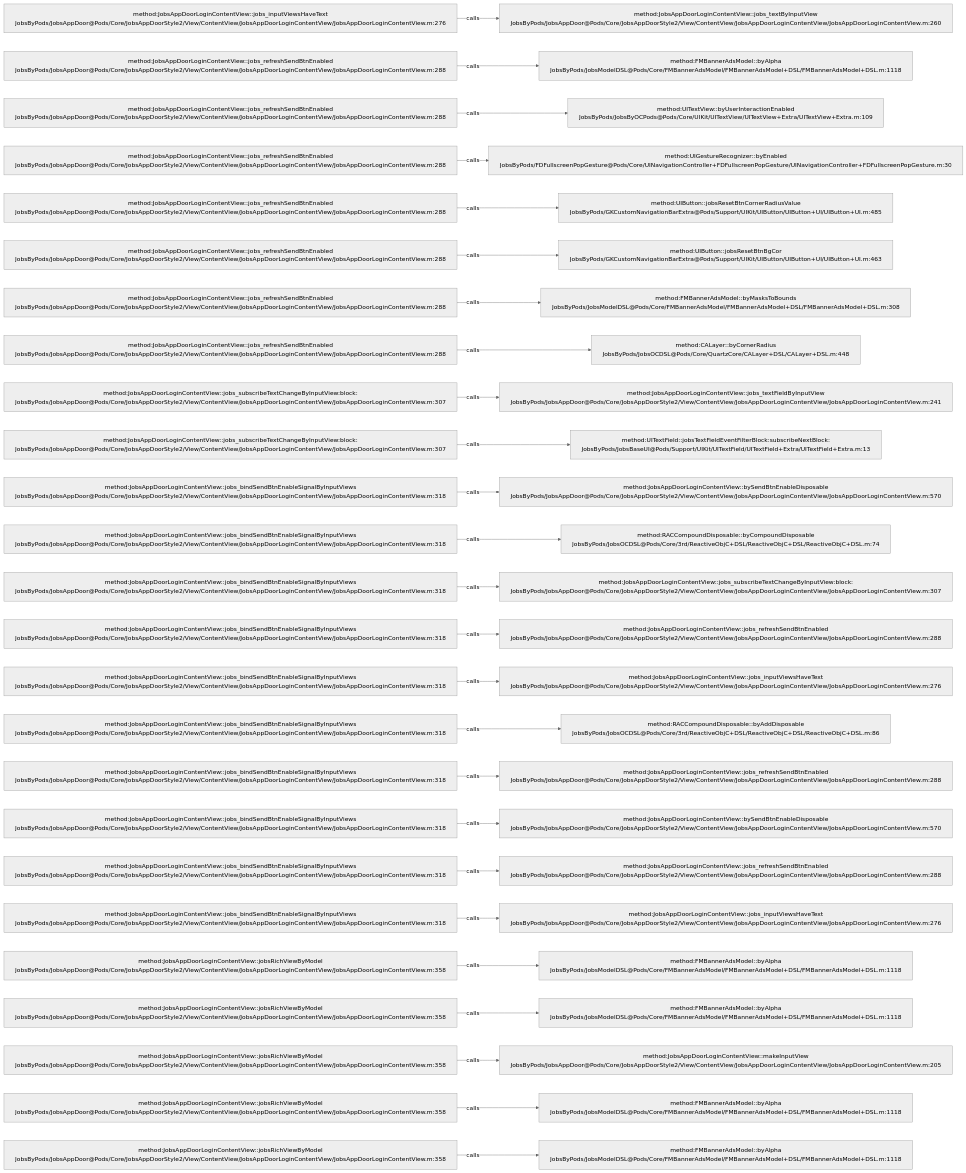
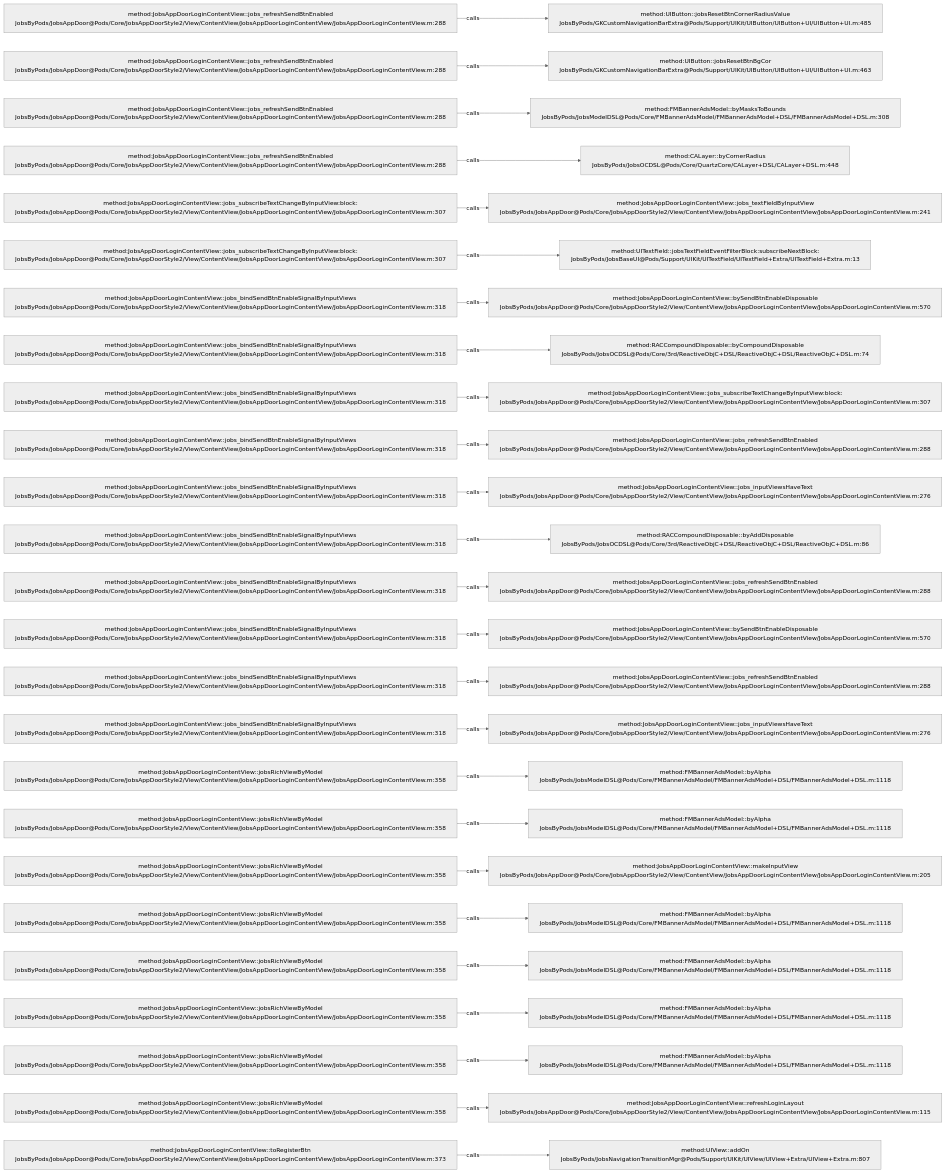
Before and after one commit to JobsKits/JobsOCBaseConfigDemo: the diagram in .codegraph/codegraph.md/graphs/calls-120.md, drawn with Mermaid (neutral theme). The commit also changed 116 other files, not shown here.

````diff
--- a/.codegraph/codegraph.md/graphs/calls-120.md
+++ b/.codegraph/codegraph.md/graphs/calls-120.md
@@ -13,78 +13,78 @@
 ```mermaid
 flowchart LR
-  S1["method:JobsAppDoorLoginContentView::jobs_inputViewsHaveText<br/>JobsByPods/JobsAppDoor@Pods/Core/JobsAppDoorStyle2/View/ContentView/JobsAppDoorLoginContentView/JobsAppDoorLoginContentView.m:276"]
-  T1["method:JobsAppDoorLoginContentView::jobs_textByInputView<br/>JobsByPods/JobsAppDoor@Pods/Core/JobsAppDoorStyle2/View/ContentView/JobsAppDoorLoginContentView/JobsAppDoorLoginContentView.m:260"]
+  S1["method:JobsAppDoorLoginContentView::jobs_refreshSendBtnEnabled<br/>JobsByPods/JobsAppDoor@Pods/Core/JobsAppDoorStyle2/View/ContentView/JobsAppDoorLoginContentView/JobsAppDoorLoginContentView.m:288"]
+  T1["method:UIButton::jobsResetBtnCornerRadiusValue<br/>JobsByPods/GKCustomNavigationBarExtra@Pods/Support/UIKit/UIButton/UIButton+UI/UIButton+UI.m:485"]
   S1 -->|calls| T1
   S2["method:JobsAppDoorLoginContentView::jobs_refreshSendBtnEnabled<br/>JobsByPods/JobsAppDoor@Pods/Core/JobsAppDoorStyle2/View/ContentView/JobsAppDoorLoginContentView/JobsAppDoorLoginContentView.m:288"]
-  T2["method:FMBannerAdsModel::byAlpha<br/>JobsByPods/JobsModelDSL@Pods/Core/FMBannerAdsModel/FMBannerAdsModel+DSL/FMBannerAdsModel+DSL.m:1118"]
+  T2["method:UIButton::jobsResetBtnBgCor<br/>JobsByPods/GKCustomNavigationBarExtra@Pods/Support/UIKit/UIButton/UIButton+UI/UIButton+UI.m:463"]
   S2 -->|calls| T2
   S3["method:JobsAppDoorLoginContentView::jobs_refreshSendBtnEnabled<br/>JobsByPods/JobsAppDoor@Pods/Core/JobsAppDoorStyle2/View/ContentView/JobsAppDoorLoginContentView/JobsAppDoorLoginContentView.m:288"]
-  T3["method:UITextView::byUserInteractionEnabled<br/>JobsByPods/JobsByOCPods@Pods/Core/UIKit/UITextView/UITextView+Extra/UITextView+Extra.m:109"]
+  T3["method:FMBannerAdsModel::byMasksToBounds<br/>JobsByPods/JobsModelDSL@Pods/Core/FMBannerAdsModel/FMBannerAdsModel+DSL/FMBannerAdsModel+DSL.m:308"]
   S3 -->|calls| T3
   S4["method:JobsAppDoorLoginContentView::jobs_refreshSendBtnEnabled<br/>JobsByPods/JobsAppDoor@Pods/Core/JobsAppDoorStyle2/View/ContentView/JobsAppDoorLoginContentView/JobsAppDoorLoginContentView.m:288"]
-  T4["method:UIGestureRecognizer::byEnabled<br/>JobsByPods/FDFullscreenPopGesture@Pods/Core/UINavigationController+FDFullscreenPopGesture/UINavigationController+FDFullscreenPopGesture.m:30"]
+  T4["method:CALayer::byCornerRadius<br/>JobsByPods/JobsOCDSL@Pods/Core/QuartzCore/CALayer+DSL/CALayer+DSL.m:448"]
   S4 -->|calls| T4
-  S5["method:JobsAppDoorLoginContentView::jobs_refreshSendBtnEnabled<br/>JobsByPods/JobsAppDoor@Pods/Core/JobsAppDoorStyle2/View/ContentView/JobsAppDoorLoginContentView/JobsAppDoorLoginContentView.m:288"]
-  T5["method:UIButton::jobsResetBtnCornerRadiusValue<br/>JobsByPods/GKCustomNavigationBarExtra@Pods/Support/UIKit/UIButton/UIButton+UI/UIButton+UI.m:485"]
+  S5["method:JobsAppDoorLoginContentView::jobs_subscribeTextChangeByInputView:block:<br/>JobsByPods/JobsAppDoor@Pods/Core/JobsAppDoorStyle2/View/ContentView/JobsAppDoorLoginContentView/JobsAppDoorLoginContentView.m:307"]
+  T5["method:JobsAppDoorLoginContentView::jobs_textFieldByInputView<br/>JobsByPods/JobsAppDoor@Pods/Core/JobsAppDoorStyle2/View/ContentView/JobsAppDoorLoginContentView/JobsAppDoorLoginContentView.m:241"]
   S5 -->|calls| T5
-  S6["method:JobsAppDoorLoginContentView::jobs_refreshSendBtnEnabled<br/>JobsByPods/JobsAppDoor@Pods/Core/JobsAppDoorStyle2/View/ContentView/JobsAppDoorLoginContentView/JobsAppDoorLoginContentView.m:288"]
-  T6["method:UIButton::jobsResetBtnBgCor<br/>JobsByPods/GKCustomNavigationBarExtra@Pods/Support/UIKit/UIButton/UIButton+UI/UIButton+UI.m:463"]
+  S6["method:JobsAppDoorLoginContentView::jobs_subscribeTextChangeByInputView:block:<br/>JobsByPods/JobsAppDoor@Pods/Core/JobsAppDoorStyle2/View/ContentView/JobsAppDoorLoginContentView/JobsAppDoorLoginContentView.m:307"]
+  T6["method:UITextField::jobsTextFieldEventFilterBlock:subscribeNextBlock:<br/>JobsByPods/JobsBaseUI@Pods/Support/UIKit/UITextField/UITextField+Extra/UITextField+Extra.m:13"]
   S6 -->|calls| T6
-  S7["method:JobsAppDoorLoginContentView::jobs_refreshSendBtnEnabled<br/>JobsByPods/JobsAppDoor@Pods/Core/JobsAppDoorStyle2/View/ContentView/JobsAppDoorLoginContentView/JobsAppDoorLoginContentView.m:288"]
-  T7["method:FMBannerAdsModel::byMasksToBounds<br/>JobsByPods/JobsModelDSL@Pods/Core/FMBannerAdsModel/FMBannerAdsModel+DSL/FMBannerAdsModel+DSL.m:308"]
+  S7["method:JobsAppDoorLoginContentView::jobs_bindSendBtnEnableSignalByInputViews<br/>JobsByPods/JobsAppDoor@Pods/Core/JobsAppDoorStyle2/View/ContentView/JobsAppDoorLoginContentView/JobsAppDoorLoginContentView.m:318"]
+  T7["method:JobsAppDoorLoginContentView::bySendBtnEnableDisposable<br/>JobsByPods/JobsAppDoor@Pods/Core/JobsAppDoorStyle2/View/ContentView/JobsAppDoorLoginContentView/JobsAppDoorLoginContentView.m:570"]
   S7 -->|calls| T7
-  S8["method:JobsAppDoorLoginContentView::jobs_refreshSendBtnEnabled<br/>JobsByPods/JobsAppDoor@Pods/Core/JobsAppDoorStyle2/View/ContentView/JobsAppDoorLoginContentView/JobsAppDoorLoginContentView.m:288"]
-  T8["method:CALayer::byCornerRadius<br/>JobsByPods/JobsOCDSL@Pods/Core/QuartzCore/CALayer+DSL/CALayer+DSL.m:448"]
+  S8["method:JobsAppDoorLoginContentView::jobs_bindSendBtnEnableSignalByInputViews<br/>JobsByPods/JobsAppDoor@Pods/Core/JobsAppDoorStyle2/View/ContentView/JobsAppDoorLoginContentView/JobsAppDoorLoginContentView.m:318"]
+  T8["method:RACCompoundDisposable::byCompoundDisposable<br/>JobsByPods/JobsOCDSL@Pods/Core/3rd/ReactiveObjC+DSL/ReactiveObjC+DSL/ReactiveObjC+DSL.m:74"]
   S8 -->|calls| T8
-  S9["method:JobsAppDoorLoginContentView::jobs_subscribeTextChangeByInputView:block:<br/>JobsByPods/JobsAppDoor@Pods/Core/JobsAppDoorStyle2/View/ContentView/JobsAppDoorLoginContentView/JobsAppDoorLoginContentView.m:307"]
-  T9["method:JobsAppDoorLoginContentView::jobs_textFieldByInputView<br/>JobsByPods/JobsAppDoor@Pods/Core/JobsAppDoorStyle2/View/ContentView/JobsAppDoorLoginContentView/JobsAppDoorLoginContentView.m:241"]
+  S9["method:JobsAppDoorLoginContentView::jobs_bindSendBtnEnableSignalByInputViews<br/>JobsByPods/JobsAppDoor@Pods/Core/JobsAppDoorStyle2/View/ContentView/JobsAppDoorLoginContentView/JobsAppDoorLoginContentView.m:318"]
+  T9["method:JobsAppDoorLoginContentView::jobs_subscribeTextChangeByInputView:block:<br/>JobsByPods/JobsAppDoor@Pods/Core/JobsAppDoorStyle2/View/ContentView/JobsAppDoorLoginContentView/JobsAppDoorLoginContentView.m:307"]
   S9 -->|calls| T9
-  S10["method:JobsAppDoorLoginContentView::jobs_subscribeTextChangeByInputView:block:<br/>JobsByPods/JobsAppDoor@Pods/Core/JobsAppDoorStyle2/View/ContentView/JobsAppDoorLoginContentView/JobsAppDoorLoginContentView.m:307"]
-  T10["method:UITextField::jobsTextFieldEventFilterBlock:subscribeNextBlock:<br/>JobsByPods/JobsBaseUI@Pods/Support/UIKit/UITextField/UITextField+Extra/UITextField+Extra.m:13"]
+  S10["method:JobsAppDoorLoginContentView::jobs_bindSendBtnEnableSignalByInputViews<br/>JobsByPods/JobsAppDoor@Pods/Core/JobsAppDoorStyle2/View/ContentView/JobsAppDoorLoginContentView/JobsAppDoorLoginContentView.m:318"]
+  T10["method:JobsAppDoorLoginContentView::jobs_refreshSendBtnEnabled<br/>JobsByPods/JobsAppDoor@Pods/Core/JobsAppDoorStyle2/View/ContentView/JobsAppDoorLoginContentView/JobsAppDoorLoginContentView.m:288"]
   S10 -->|calls| T10
   S11["method:JobsAppDoorLoginContentView::jobs_bindSendBtnEnableSignalByInputViews<br/>JobsByPods/JobsAppDoor@Pods/Core/JobsAppDoorStyle2/View/ContentView/JobsAppDoorLoginContentView/JobsAppDoorLoginContentView.m:318"]
-  T11["method:JobsAppDoorLoginContentView::bySendBtnEnableDisposable<br/>JobsByPods/JobsAppDoor@Pods/Core/JobsAppDoorStyle2/View/ContentView/JobsAppDoorLoginContentView/JobsAppDoorLoginContentView.m:570"]
+  T11["method:JobsAppDoorLoginContentView::jobs_inputViewsHaveText<br/>JobsByPods/JobsAppDoor@Pods/Core/JobsAppDoorStyle2/View/ContentView/JobsAppDoorLoginContentView/JobsAppDoorLoginContentView.m:276"]
   S11 -->|calls| T11
   S12["method:JobsAppDoorLoginContentView::jobs_bindSendBtnEnableSignalByInputViews<br/>JobsByPods/JobsAppDoor@Pods/Core/JobsAppDoorStyle2/View/ContentView/JobsAppDoorLoginContentView/JobsAppDoorLoginContentView.m:318"]
-  T12["method:RACCompoundDisposable::byCompoundDisposable<br/>JobsByPods/JobsOCDSL@Pods/Core/3rd/ReactiveObjC+DSL/ReactiveObjC+DSL/ReactiveObjC+DSL.m:74"]
+  T12["method:RACCompoundDisposable::byAddDisposable<br/>JobsByPods/JobsOCDSL@Pods/Core/3rd/ReactiveObjC+DSL/ReactiveObjC+DSL/ReactiveObjC+DSL.m:86"]
   S12 -->|calls| T12
   S13["method:JobsAppDoorLoginContentView::jobs_bindSendBtnEnableSignalByInputViews<br/>JobsByPods/JobsAppDoor@Pods/Core/JobsAppDoorStyle2/View/ContentView/JobsAppDoorLoginContentView/JobsAppDoorLoginContentView.m:318"]
-  T13["method:JobsAppDoorLoginContentView::jobs_subscribeTextChangeByInputView:block:<br/>JobsByPods/JobsAppDoor@Pods/Core/JobsAppDoorStyle2/View/ContentView/JobsAppDoorLoginContentView/JobsAppDoorLoginContentView.m:307"]
+  T13["method:JobsAppDoorLoginContentView::jobs_refreshSendBtnEnabled<br/>JobsByPods/JobsAppDoor@Pods/Core/JobsAppDoorStyle2/View/ContentView/JobsAppDoorLoginContentView/JobsAppDoorLoginContentView.m:288"]
   S13 -->|calls| T13
   S14["method:JobsAppDoorLoginContentView::jobs_bindSendBtnEnableSignalByInputViews<br/>JobsByPods/JobsAppDoor@Pods/Core/JobsAppDoorStyle2/View/ContentView/JobsAppDoorLoginContentView/JobsAppDoorLoginContentView.m:318"]
-  T14["method:JobsAppDoorLoginContentView::jobs_refreshSendBtnEnabled<br/>JobsByPods/JobsAppDoor@Pods/Core/JobsAppDoorStyle2/View/ContentView/JobsAppDoorLoginContentView/JobsAppDoorLoginContentView.m:288"]
+  T14["method:JobsAppDoorLoginContentView::bySendBtnEnableDisposable<br/>JobsByPods/JobsAppDoor@Pods/Core/JobsAppDoorStyle2/View/ContentView/JobsAppDoorLoginContentView/JobsAppDoorLoginContentView.m:570"]
   S14 -->|calls| T14
   S15["method:JobsAppDoorLoginContentView::jobs_bindSendBtnEnableSignalByInputViews<br/>JobsByPods/JobsAppDoor@Pods/Core/JobsAppDoorStyle2/View/ContentView/JobsAppDoorLoginContentView/JobsAppDoorLoginContentView.m:318"]
-  T15["method:JobsAppDoorLoginContentView::jobs_inputViewsHaveText<br/>JobsByPods/JobsAppDoor@Pods/Core/JobsAppDoorStyle2/View/ContentView/JobsAppDoorLoginContentView/JobsAppDoorLoginContentView.m:276"]
+  T15["method:JobsAppDoorLoginContentView::jobs_refreshSendBtnEnabled<br/>JobsByPods/JobsAppDoor@Pods/Core/JobsAppDoorStyle2/View/ContentView/JobsAppDoorLoginContentView/JobsAppDoorLoginContentView.m:288"]
   S15 -->|calls| T15
   S16["method:JobsAppDoorLoginContentView::jobs_bindSendBtnEnableSignalByInputViews<br/>JobsByPods/JobsAppDoor@Pods/Core/JobsAppDoorStyle2/View/ContentView/JobsAppDoorLoginContentView/JobsAppDoorLoginContentView.m:318"]
-  T16["method:RACCompoundDisposable::byAddDisposable<br/>JobsByPods/JobsOCDSL@Pods/Core/3rd/ReactiveObjC+DSL/ReactiveObjC+DSL/ReactiveObjC+DSL.m:86"]
+  T16["method:JobsAppDoorLoginContentView::jobs_inputViewsHaveText<br/>JobsByPods/JobsAppDoor@Pods/Core/JobsAppDoorStyle2/View/ContentView/JobsAppDoorLoginContentView/JobsAppDoorLoginContentView.m:276"]
   S16 -->|calls| T16
-  S17["method:JobsAppDoorLoginContentView::jobs_bindSendBtnEnableSignalByInputViews<br/>JobsByPods/JobsAppDoor@Pods/Core/JobsAppDoorStyle2/View/ContentView/JobsAppDoorLoginContentView/JobsAppDoorLoginContentView.m:318"]
-  T17["method:JobsAppDoorLoginContentView::jobs_refreshSendBtnEnabled<br/>JobsByPods/JobsAppDoor@Pods/Core/JobsAppDoorStyle2/View/ContentView/JobsAppDoorLoginContentView/JobsAppDoorLoginContentView.m:288"]
+  S17["method:JobsAppDoorLoginContentView::jobsRichViewByModel<br/>JobsByPods/JobsAppDoor@Pods/Core/JobsAppDoorStyle2/View/ContentView/JobsAppDoorLoginContentView/JobsAppDoorLoginContentView.m:358"]
+  T17["method:FMBannerAdsModel::byAlpha<br/>JobsByPods/JobsModelDSL@Pods/Core/FMBannerAdsModel/FMBannerAdsModel+DSL/FMBannerAdsModel+DSL.m:1118"]
   S17 -->|calls| T17
-  S18["method:JobsAppDoorLoginContentView::jobs_bindSendBtnEnableSignalByInputViews<br/>JobsByPods/JobsAppDoor@Pods/Core/JobsAppDoorStyle2/View/ContentView/JobsAppDoorLoginContentView/JobsAppDoorLoginContentView.m:318"]
-  T18["method:JobsAppDoorLoginContentView::bySendBtnEnableDisposable<br/>JobsByPods/JobsAppDoor@Pods/Core/JobsAppDoorStyle2/View/ContentView/JobsAppDoorLoginContentView/JobsAppDoorLoginContentView.m:570"]
+  S18["method:JobsAppDoorLoginContentView::jobsRichViewByModel<br/>JobsByPods/JobsAppDoor@Pods/Core/JobsAppDoorStyle2/View/ContentView/JobsAppDoorLoginContentView/JobsAppDoorLoginContentView.m:358"]
+  T18["method:FMBannerAdsModel::byAlpha<br/>JobsByPods/JobsModelDSL@Pods/Core/FMBannerAdsModel/FMBannerAdsModel+DSL/FMBannerAdsModel+DSL.m:1118"]
   S18 -->|calls| T18
-  S19["method:JobsAppDoorLoginContentView::jobs_bindSendBtnEnableSignalByInputViews<br/>JobsByPods/JobsAppDoor@Pods/Core/JobsAppDoorStyle2/View/ContentView/JobsAppDoorLoginContentView/JobsAppDoorLoginContentView.m:318"]
-  T19["method:JobsAppDoorLoginContentView::jobs_refreshSendBtnEnabled<br/>JobsByPods/JobsAppDoor@Pods/Core/JobsAppDoorStyle2/View/ContentView/JobsAppDoorLoginContentView/JobsAppDoorLoginContentView.m:288"]
+  S19["method:JobsAppDoorLoginContentView::jobsRichViewByModel<br/>JobsByPods/JobsAppDoor@Pods/Core/JobsAppDoorStyle2/View/ContentView/JobsAppDoorLoginContentView/JobsAppDoorLoginContentView.m:358"]
+  T19["method:JobsAppDoorLoginContentView::makeInputView<br/>JobsByPods/JobsAppDoor@Pods/Core/JobsAppDoorStyle2/View/ContentView/JobsAppDoorLoginContentView/JobsAppDoorLoginContentView.m:205"]
   S19 -->|calls| T19
-  S20["method:JobsAppDoorLoginContentView::jobs_bindSendBtnEnableSignalByInputViews<br/>JobsByPods/JobsAppDoor@Pods/Core/JobsAppDoorStyle2/View/ContentView/JobsAppDoorLoginContentView/JobsAppDoorLoginContentView.m:318"]
-  T20["method:JobsAppDoorLoginContentView::jobs_inputViewsHaveText<br/>JobsByPods/JobsAppDoor@Pods/Core/JobsAppDoorStyle2/View/ContentView/JobsAppDoorLoginContentView/JobsAppDoorLoginContentView.m:276"]
+  S20["method:JobsAppDoorLoginContentView::jobsRichViewByModel<br/>JobsByPods/JobsAppDoor@Pods/Core/JobsAppDoorStyle2/View/ContentView/JobsAppDoorLoginContentView/JobsAppDoorLoginContentView.m:358"]
+  T20["method:FMBannerAdsModel::byAlpha<br/>JobsByPods/JobsModelDSL@Pods/Core/FMBannerAdsModel/FMBannerAdsModel+DSL/FMBannerAdsModel+DSL.m:1118"]
   S20 -->|calls| T20
   S21["method:JobsAppDoorLoginContentView::jobsRichViewByModel<br/>JobsByPods/JobsAppDoor@Pods/Core/JobsAppDoorStyle2/View/ContentView/JobsAppDoorLoginContentView/JobsAppDoorLoginContentView.m:358"]
   T21["method:FMBannerAdsModel::byAlpha<br/>JobsByPods/JobsModelDSL@Pods/Core/FMBannerAdsModel/FMBannerAdsModel+DSL/FMBannerAdsModel+DSL.m:1118"]
   S21 -->|calls| T21
   S22["method:JobsAppDoorLoginContentView::jobsRichViewByModel<br/>JobsByPods/JobsAppDoor@Pods/Core/JobsAppDoorStyle2/View/ContentView/JobsAppDoorLoginContentView/JobsAppDoorLoginContentView.m:358"]
   T22["method:FMBannerAdsModel::byAlpha<br/>JobsByPods/JobsModelDSL@Pods/Core/FMBannerAdsModel/FMBannerAdsModel+DSL/FMBannerAdsModel+DSL.m:1118"]
   S22 -->|calls| T22
   S23["method:JobsAppDoorLoginContentView::jobsRichViewByModel<br/>JobsByPods/JobsAppDoor@Pods/Core/JobsAppDoorStyle2/View/ContentView/JobsAppDoorLoginContentView/JobsAppDoorLoginContentView.m:358"]
-  T23["method:JobsAppDoorLoginContentView::makeInputView<br/>JobsByPods/JobsAppDoor@Pods/Core/JobsAppDoorStyle2/View/ContentView/JobsAppDoorLoginContentView/JobsAppDoorLoginContentView.m:205"]
+  T23["method:FMBannerAdsModel::byAlpha<br/>JobsByPods/JobsModelDSL@Pods/Core/FMBannerAdsModel/FMBannerAdsModel+DSL/FMBannerAdsModel+DSL.m:1118"]
   S23 -->|calls| T23
   S24["method:JobsAppDoorLoginContentView::jobsRichViewByModel<br/>JobsByPods/JobsAppDoor@Pods/Core/JobsAppDoorStyle2/View/ContentView/JobsAppDoorLoginContentView/JobsAppDoorLoginContentView.m:358"]
-  T24["method:FMBannerAdsModel::byAlpha<br/>JobsByPods/JobsModelDSL@Pods/Core/FMBannerAdsModel/FMBannerAdsModel+DSL/FMBannerAdsModel+DSL.m:1118"]
+  T24["method:JobsAppDoorLoginContentView::refreshLoginLayout<br/>JobsByPods/JobsAppDoor@Pods/Core/JobsAppDoorStyle2/View/ContentView/JobsAppDoorLoginContentView/JobsAppDoorLoginContentView.m:115"]
   S24 -->|calls| T24
-  S25["method:JobsAppDoorLoginContentView::jobsRichViewByModel<br/>JobsByPods/JobsAppDoor@Pods/Core/JobsAppDoorStyle2/View/ContentView/JobsAppDoorLoginContentView/JobsAppDoorLoginContentView.m:358"]
-  T25["method:FMBannerAdsModel::byAlpha<br/>JobsByPods/JobsModelDSL@Pods/Core/FMBannerAdsModel/FMBannerAdsModel+DSL/FMBannerAdsModel+DSL.m:1118"]
+  S25["method:JobsAppDoorLoginContentView::toRegisterBtn<br/>JobsByPods/JobsAppDoor@Pods/Core/JobsAppDoorStyle2/View/ContentView/JobsAppDoorLoginContentView/JobsAppDoorLoginContentView.m:373"]
+  T25["method:UIView::addOn<br/>JobsByPods/JobsNavigationTransitionMgr@Pods/Support/UIKit/UIView/UIView+Extra/UIView+Extra.m:807"]
   S25 -->|calls| T25
 ```
````
